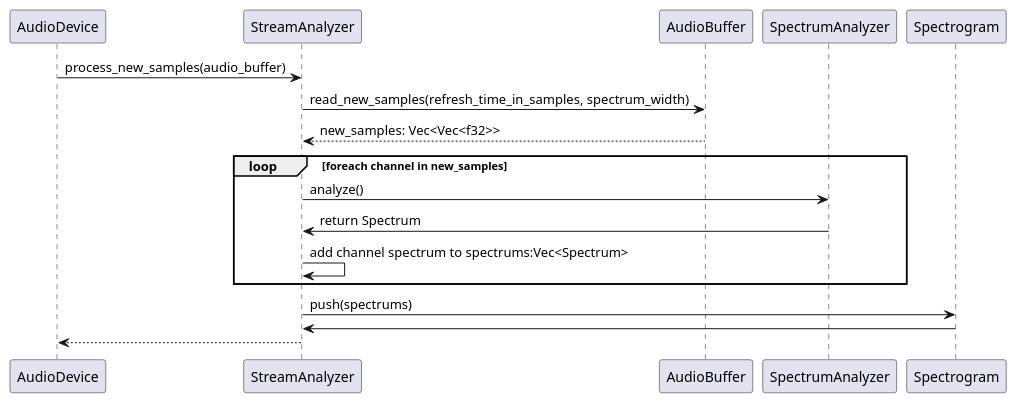
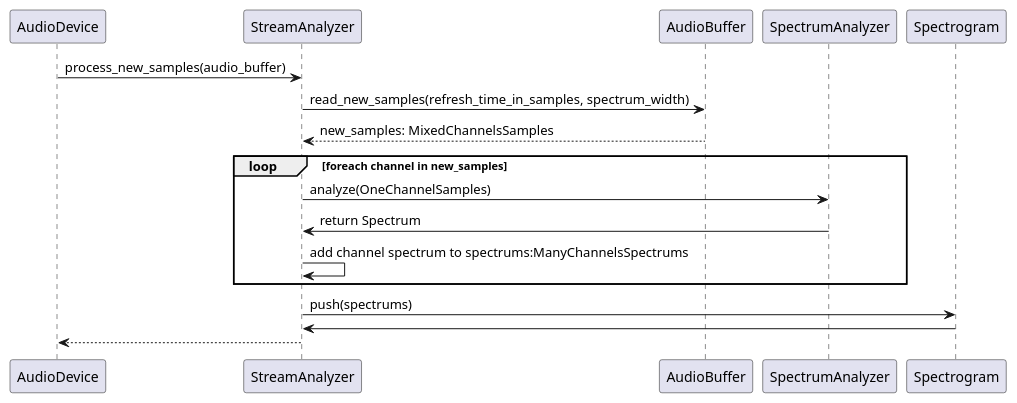
The diagram in diagrams/stream_analyzer.puml (walkiewicz125/RtAudioEffect), drawn with PlantUML before and after one commit.

Commit message:
Update diagrams

```diff
--- a/diagrams/stream_analyzer.puml
+++ b/diagrams/stream_analyzer.puml
@@ -1,19 +1,19 @@
 @startuml "processing new samples"
 
 AudioDevice -> StreamAnalyzer : process_new_samples(audio_buffer)
 
 StreamAnalyzer -> AudioBuffer : read_new_samples(refresh_time_in_samples, spectrum_width)
-StreamAnalyzer <-- AudioBuffer : new_samples: Vec<Vec<f32>>
+StreamAnalyzer <-- AudioBuffer : new_samples: MixedChannelsSamples
 
 loop foreach channel in new_samples
-StreamAnalyzer -> SpectrumAnalyzer : analyze()
+StreamAnalyzer -> SpectrumAnalyzer : analyze(OneChannelSamples)
 StreamAnalyzer <- SpectrumAnalyzer : return Spectrum
-StreamAnalyzer -> StreamAnalyzer : add channel spectrum to spectrums:Vec<Spectrum>
+StreamAnalyzer -> StreamAnalyzer : add channel spectrum to spectrums:ManyChannelsSpectrums
 end
 
 StreamAnalyzer -> Spectrogram : push(spectrums)
 StreamAnalyzer <- Spectrogram
 
 AudioDevice <-- StreamAnalyzer
 
 @enduml
```
